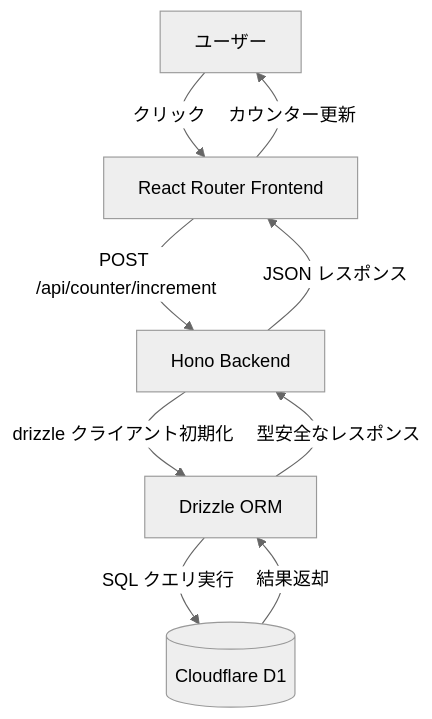
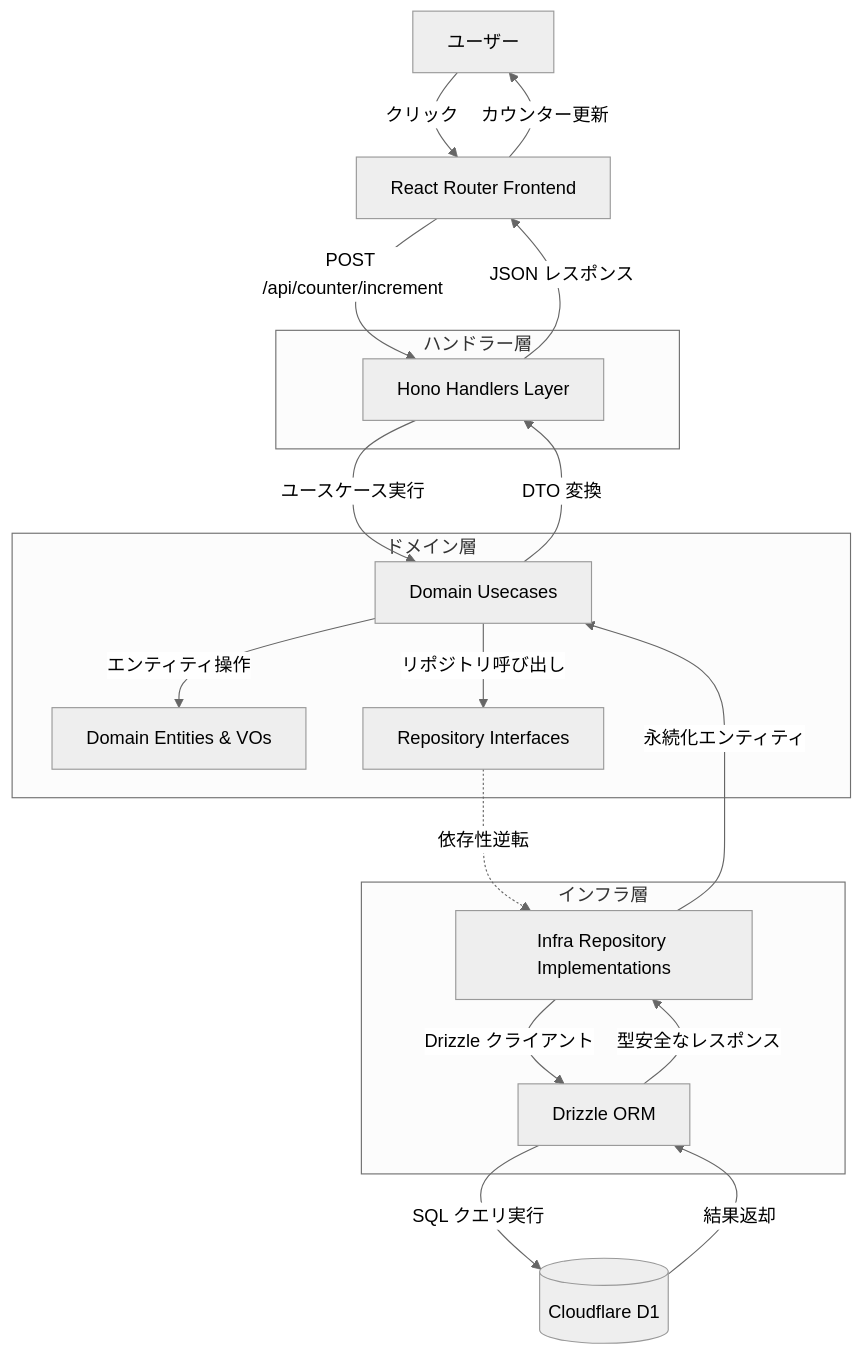
The first of 4 diagrams in .kiro/specs/d1-drizzle-counter-demo/design.md (yantene/yantene.net), drawn with Mermaid (neutral theme) before and after one commit. The commit also changed other lines of this file and 1 other file, not shown here.

First line of the commit message:
D1+Drizzle デモをクリーンアーキテクチャで再設計

````diff
--- a/.kiro/specs/d1-drizzle-counter-demo/design.md
+++ b/.kiro/specs/d1-drizzle-counter-demo/design.md
@@ -42,17 +51,42 @@
 ```mermaid
 graph TB
     User[ユーザー]
     Frontend[React Router Frontend]
-    HonoBackend[Hono Backend]
+    HonoHandlers[Hono Handlers Layer]
+    Usecases[Domain Usecases]
+    Entities[Domain Entities & VOs]
+    RepoInterfaces[Repository Interfaces]
+    RepoImpl[Infra Repository Implementations]
     DrizzleORM[Drizzle ORM]
     D1Database[(Cloudflare D1)]
 
     User -->|クリック| Frontend
-    Frontend -->|POST /api/counter/increment| HonoBackend
-    HonoBackend -->|drizzle クライアント初期化| DrizzleORM
+    Frontend -->|POST /api/counter/increment| HonoHandlers
+    HonoHandlers -->|ユースケース実行| Usecases
+    Usecases -->|エンティティ操作| Entities
+    Usecases -->|リポジトリ呼び出し| RepoInterfaces
+    RepoInterfaces -.依存性逆転.-> RepoImpl
+    RepoImpl -->|Drizzle クライアント| DrizzleORM
     DrizzleORM -->|SQL クエリ実行| D1Database
     D1Database -->|結果返却| DrizzleORM
-    DrizzleORM -->|型安全なレスポンス| HonoBackend
-    HonoBackend -->|JSON レスポンス| Frontend
+    DrizzleORM -->|型安全なレスポンス| RepoImpl
+    RepoImpl -->|永続化エンティティ| Usecases
+    Usecases -->|DTO 変換| HonoHandlers
+    HonoHandlers -->|JSON レスポンス| Frontend
     Frontend -->|カウンター更新| User
+
+    subgraph Domain[ドメイン層]
+        Entities
+        RepoInterfaces
+        Usecases
+    end
+
+    subgraph Infra[インフラ層]
+        RepoImpl
+        DrizzleORM
+    end
+
+    subgraph Handlers[ハンドラー層]
+        HonoHandlers
+    end
 ```
````
